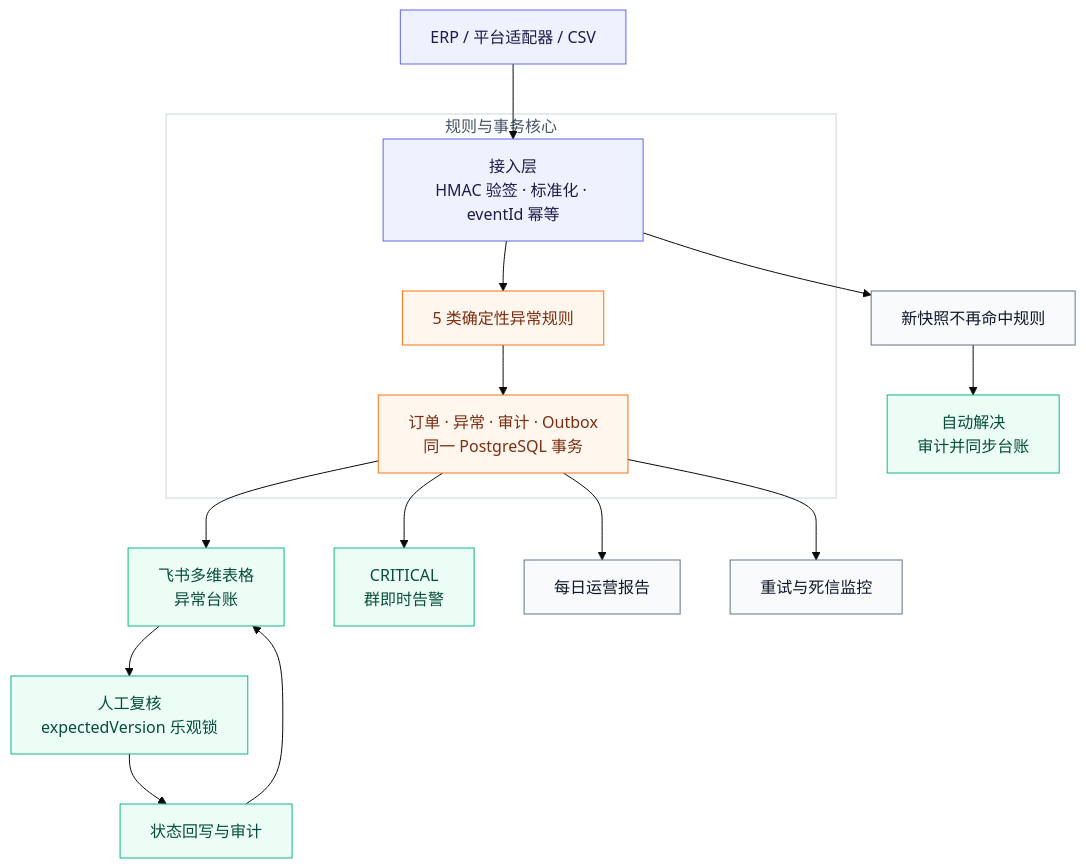
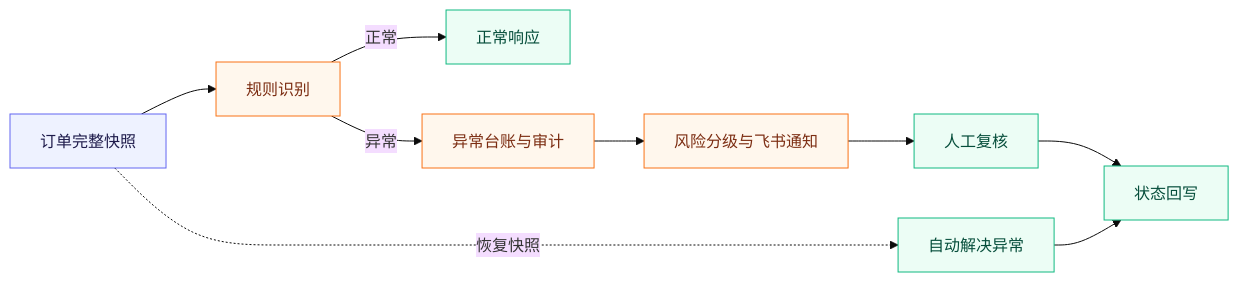
Before and after one commit to 718232157/ecommerce-order-exception-automation: the diagram in README.md, drawn with Mermaid (base theme). The commit also changed other lines of this file, not shown here.

````diff
--- a/README.md
+++ b/README.md
@@ -36,31 +13,18 @@
 ```mermaid
-flowchart TB
-    SOURCE["ERP / 平台适配器 / CSV"] --> INGRESS["接入层<br/>HMAC 验签 · 标准化 · eventId 幂等"]
+flowchart LR
+    A["订单完整快照"] --> B["规则识别"]
+    B -- "正常" --> C["正常响应"]
+    B -- "异常" --> D["异常台账与审计"]
+    D --> E["风险分级与飞书通知"]
+    E --> F["人工复核"]
+    F --> G["状态回写"]
+    A -. "恢复快照" .-> H["自动解决异常"]
+    H --> G
 
-    subgraph CORE["规则与事务核心"]
-        INGRESS --> RULES["5 类确定性异常规则"]
-        RULES --> TX["订单 · 异常 · 审计 · Outbox<br/>同一 PostgreSQL 事务"]
-    end
-
-    TX --> LEDGER["飞书多维表格<br/>异常台账"]
-    TX --> ALERT["CRITICAL<br/>群即时告警"]
-    LEDGER --> REVIEW["人工复核<br/>expectedVersion 乐观锁"]
-    REVIEW --> WRITEBACK["状态回写与审计"]
-    WRITEBACK --> LEDGER
-
-    INGRESS --> RECOVERY["新快照不再命中规则"]
-    RECOVERY --> RESOLVED["自动解决<br/>审计并同步台账"]
-
-    TX --> REPORT["每日运营报告"]
-    TX --> DLQ["重试与死信监控"]
-
-    style CORE fill:#ffffff,stroke:#cbd5e1,stroke-width:1px,color:#475569;
-    classDef source fill:#eef2ff,stroke:#6366f1,color:#1e1b4b;
+    classDef input fill:#eef2ff,stroke:#6366f1,color:#1e1b4b;
     classDef core fill:#fff7ed,stroke:#f97316,color:#7c2d12;
-    classDef feishu fill:#ecfdf5,stroke:#10b981,color:#064e3b;
-    classDef ops fill:#f8fafc,stroke:#64748b,color:#0f172a;
-    class SOURCE,INGRESS source;
-    class RULES,TX core;
-    class LEDGER,ALERT,REVIEW,WRITEBACK,RESOLVED feishu;
-    class RECOVERY,REPORT,DLQ ops;
+    classDef action fill:#ecfdf5,stroke:#10b981,color:#064e3b;
+    class A input;
+    class B,D,E core;
+    class C,F,G,H action;
 ```
````
